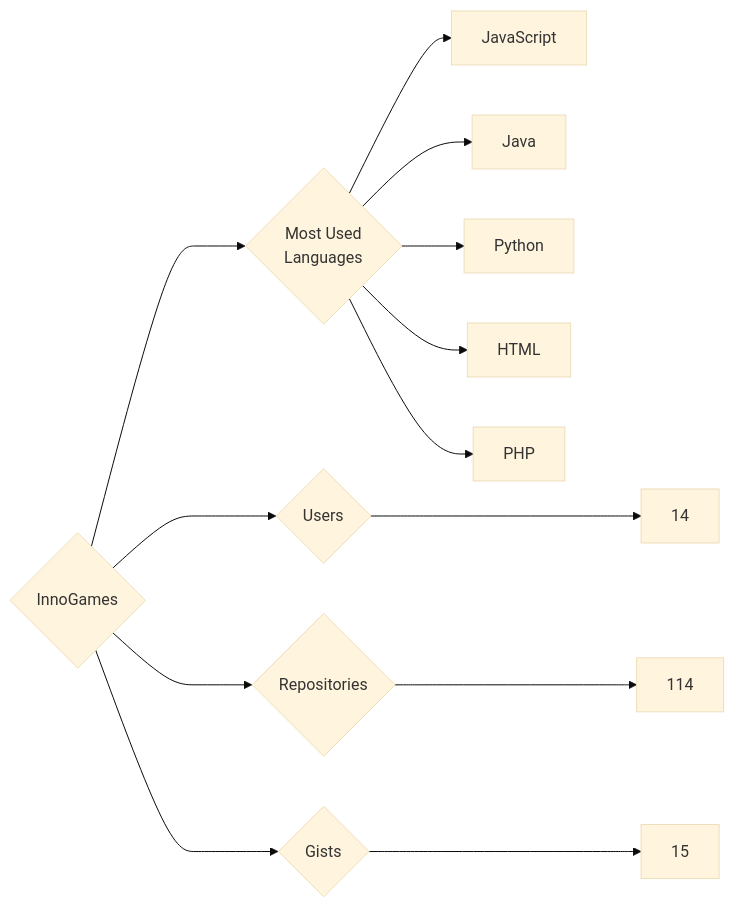
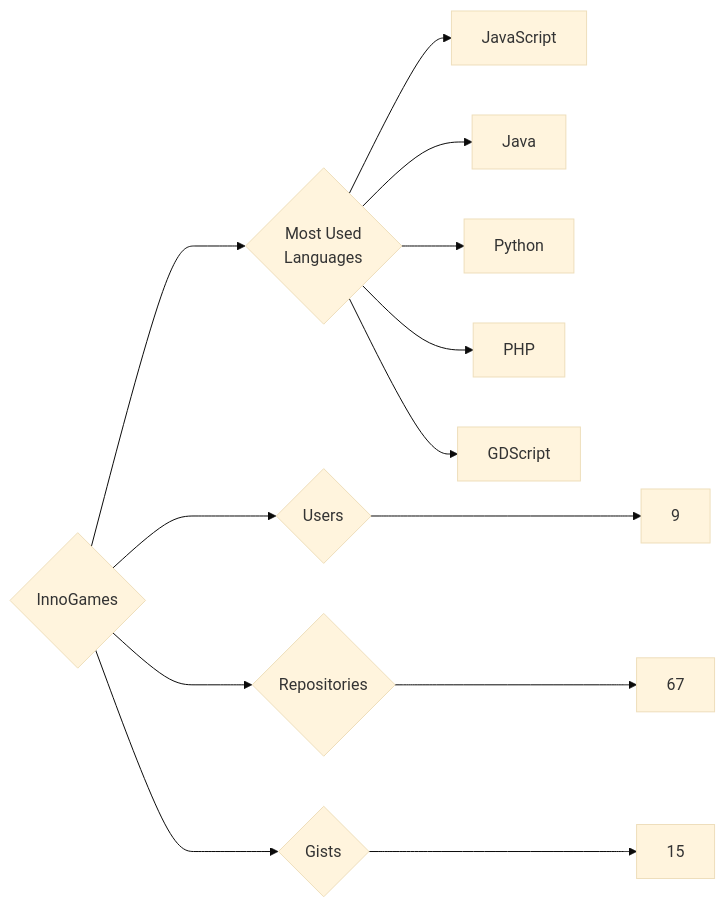
One commit to trickest/insiders changed the diagram in targets/InnoGames/README.md. Above: the diagram before and after it, drawn with Mermaid (base theme). The commit also changed 640 other files, not shown here.

````diff
--- a/targets/InnoGames/README.md
+++ b/targets/InnoGames/README.md
@@ -3,13 +3,13 @@
 ```mermaid
 graph LR
 COMPANY_NAME{InnoGames}
-COMPANY_NAME ---> U{Users} ---> UN[14]
-COMPANY_NAME ---> R{Repositories} ---> RN[114]
+COMPANY_NAME ---> U{Users} ---> UN[9]
+COMPANY_NAME ---> R{Repositories} ---> RN[67]
 COMPANY_NAME ---> G{Gists} ---> GN[15]
 COMPANY_NAME ---> ML{Most Used<br>Languages}
 ML --> JavaScript[JavaScript]
 ML --> Java[Java]
 ML --> Python[Python]
-ML --> HTML[HTML]
 ML --> PHP[PHP]
+ML --> GDScript[GDScript]
 ```
````
